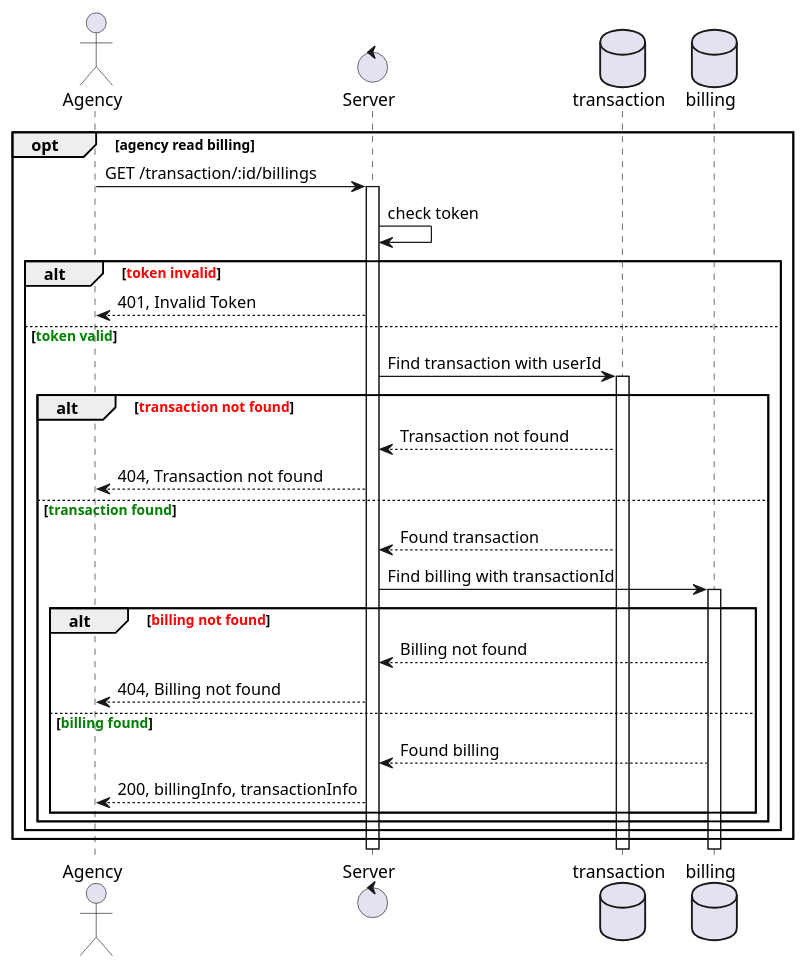
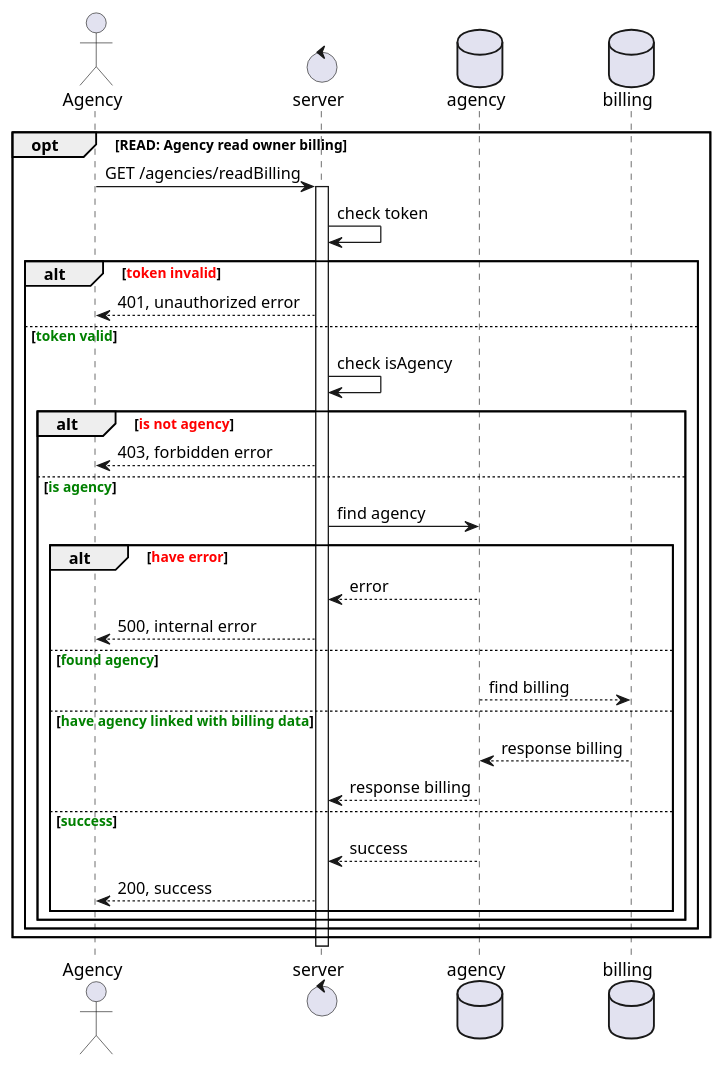
One commit to vuhoanganh1821/Backend_Test changed the diagram in e-commercial/docs/sequence-diagram/agency/readBilling.plantuml. Above: the diagram before and after it, drawn with PlantUML. The commit also changed 20 other files, not shown here.

Commit message:
BE-04 | improve sequence diagram

```diff
--- a/e-commercial/docs/sequence-diagram/agency/readBilling.plantuml
+++ b/e-commercial/docs/sequence-diagram/agency/readBilling.plantuml
@@ -1,35 +1,39 @@
-@startuml agency read transaction, billing of owner
+@startuml read owner billing agency sequence
 
-actor Agency
-control Server
-database transaction
+
+actor Agency 
+control server
+database agency
 database billing
 
-opt agency read billing
-  Agency -> Server: GET /transaction/:id/billings
-  activate Server
-  Server -> Server: check token
-  alt <font color="Red">token invalid</font>
-    Agency <-- Server: 401, Invalid Token
-  else <font color="Green">token valid</font>
-    Server -> transaction: Find transaction with userId
-    activate transaction
-    alt <font color="Red">transaction not found</font>
-      Server <-- transaction: Transaction not found
-      Agency <-- Server: 404, Transaction not found
-    else <font color="Green">transaction found</font>
-    Server <-- transaction: Found transaction
-    Server -> billing: Find billing with transactionId
-      activate billing
-      alt <font color="Red">billing not found</font>
-        Server <-- billing: Billing not found
-        Agency <-- Server: 404, Billing not found
-      else <font color="Green">billing found</font>
-        Server <-- billing: Found billing
-        Agency <-- Server: 200, billingInfo, transactionInfo
+opt READ: Agency read owner billing
+  Agency -> server: GET /agencies/readBilling
+  activate server
+  server -> server: check token
+  alt <font color=red>token invalid</font>
+    server --> Agency: 401, unauthorized error
+  else <font color=green>token valid</font>
+    server -> server: check isAgency
+    alt <font color=red>is not agency</font>
+      server --> Agency: 403, forbidden error
+    else <font color=green>is agency</font>
+      server -> agency: find agency
+      alt <font color=red>have error</font>
+        agency --> server: error
+        server --> Agency: 500, internal error
+      else <font color=green>found agency</font>
+        agency --> billing: find billing
+      else <font color=green>have agency linked with billing data</font>
+          billing --> agency: response billing
+          agency --> server: response billing
+      else <font color=green>success</font>
+          agency --> server: success
+          server --> Agency: 200, success
+        end
       end
     end
   end
-end
+    deactivate server
+
 
 @enduml
```
